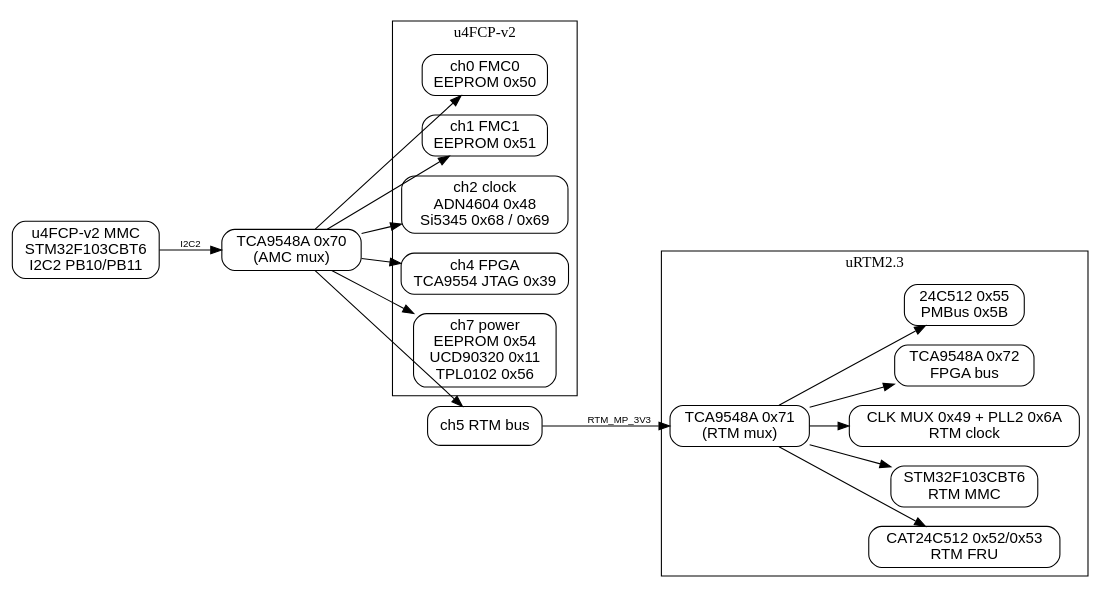
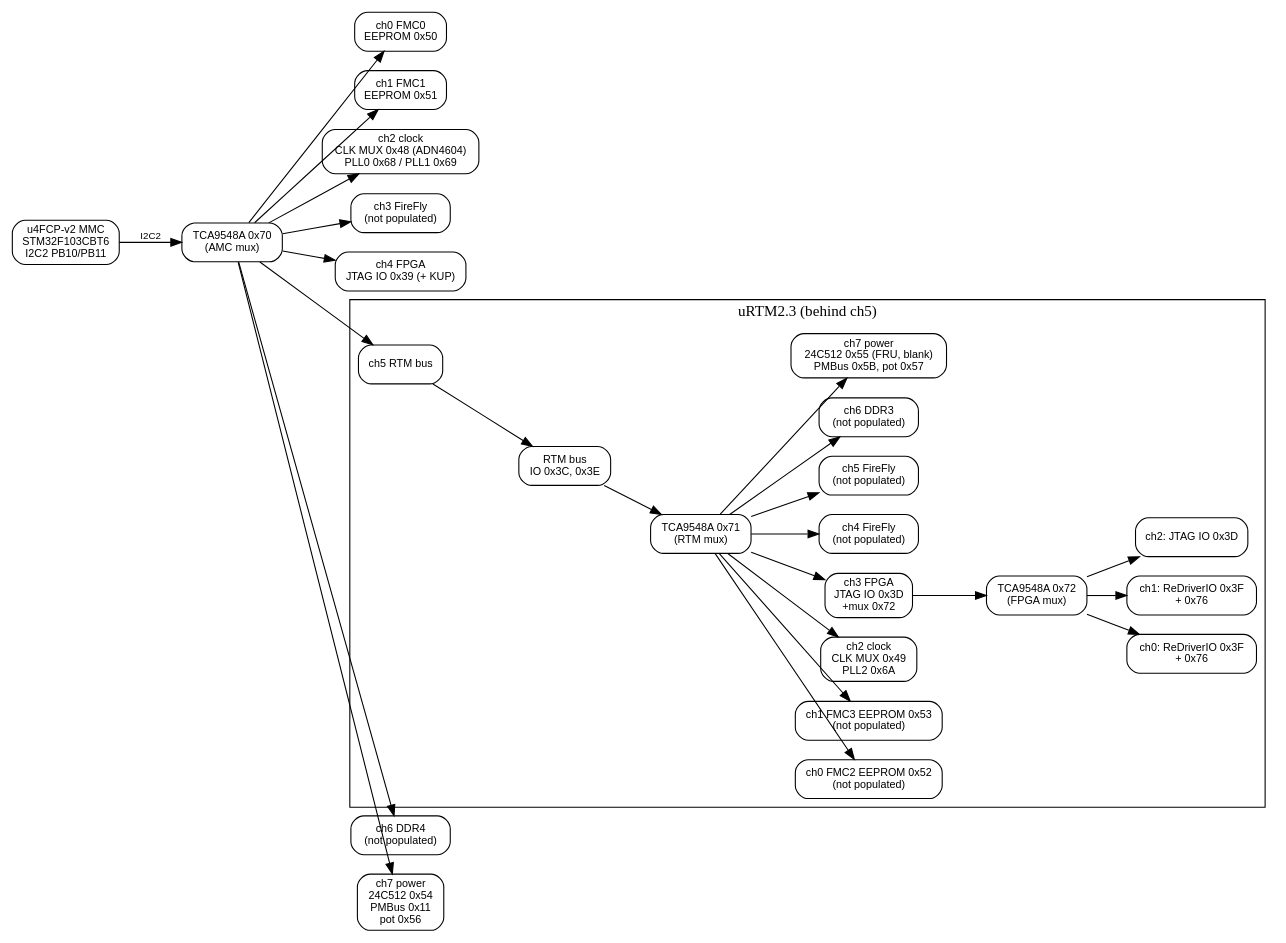
One commit to palzhj/openMMC_uFC changed the diagram in docs/u4fcp-v2-i2c-map.dot. Above: the diagram before and after it, drawn with Graphviz. The commit also changed 2 other files, not shown here.

Commit message:
docs: complete RTM I2C tree from the full scan

```diff
--- a/docs/u4fcp-v2-i2c-map.dot
+++ b/docs/u4fcp-v2-i2c-map.dot
@@ -1,34 +1,44 @@
 digraph i2c {
-  rankdir=LR; bgcolor="white"; splines=false;
-  node [shape=box, style="rounded", fontname="Helvetica"];
+  rankdir=LR; bgcolor="white"; splines=false; nodesep=0.25;
+  node [shape=box, style="rounded", fontname="Helvetica", fontsize=10];
   edge [fontname="Helvetica", fontsize=9];
 
   mcu [label="u4FCP-v2 MMC\nSTM32F103CBT6\nI2C2 PB10/PB11"];
-  mux [label="TCA9548A 0x70\n(AMC mux)"];
+  amux [label="TCA9548A 0x70\n(AMC mux)"];
+  mcu -> amux [label="I2C2"];
 
-  mcu -> mux [label="I2C2"];
-
-  subgraph cluster_amc {
-    label="u4FCP-v2";
-    ch0 [label="ch0 FMC0\nEEPROM 0x50"];
-    ch1 [label="ch1 FMC1\nEEPROM 0x51"];
-    ch2 [label="ch2 clock\nADN4604 0x48\nSi5345 0x68 / 0x69"];
-    ch4 [label="ch4 FPGA\nTCA9554 JTAG 0x39"];
-    ch7 [label="ch7 power\nEEPROM 0x54\nUCD90320 0x11\nTPL0102 0x56"];
-  }
-
+  ch0 [label="ch0 FMC0\nEEPROM 0x50"];
+  ch1 [label="ch1 FMC1\nEEPROM 0x51"];
+  ch2 [label="ch2 clock\nCLK MUX 0x48 (ADN4604)\nPLL0 0x68 / PLL1 0x69"];
+  ch3 [label="ch3 FireFly\n(not populated)"];
+  ch4 [label="ch4 FPGA\nJTAG IO 0x39 (+ KUP)"];
   ch5 [label="ch5 RTM bus"];
-  mux -> ch0; mux -> ch1; mux -> ch2; mux -> ch4; mux -> ch7; mux -> ch5;
+  ch6 [label="ch6 DDR4\n(not populated)"];
+  ch7 [label="ch7 power\n24C512 0x54\nPMBus 0x11\npot 0x56"];
+  amux -> ch0; amux -> ch1; amux -> ch2; amux -> ch3; amux -> ch4; amux -> ch5; amux -> ch6; amux -> ch7;
 
   subgraph cluster_rtm {
-    label="uRTM2.3";
-    rtmmux [label="TCA9548A 0x71\n(RTM mux)"];
-    fru [label="CAT24C512 0x52/0x53\nRTM FRU"];
-    mmc [label="STM32F103CBT6\nRTM MMC"];
-    pll [label="CLK MUX 0x49 + PLL2 0x6A\nRTM clock"];
-    io [label="TCA9548A 0x72\nFPGA bus"];
-    pwr [label="24C512 0x55\nPMBus 0x5B"];
+    label="uRTM2.3 (behind ch5)";
+    busnode [label="RTM bus\nIO 0x3C, 0x3E"];
+    rmux [label="TCA9548A 0x71\n(RTM mux)"];
+    ch5 -> busnode;
+    busnode -> rmux;
+
+    r0 [label="ch0 FMC2 EEPROM 0x52\n(not populated)"];
+    r1 [label="ch1 FMC3 EEPROM 0x53\n(not populated)"];
+    r2 [label="ch2 clock\nCLK MUX 0x49\nPLL2 0x6A"];
+    r3 [label="ch3 FPGA\nJTAG IO 0x3D\n+mux 0x72"];
+    r4 [label="ch4 FireFly\n(not populated)"];
+    r5 [label="ch5 FireFly\n(not populated)"];
+    r6 [label="ch6 DDR3\n(not populated)"];
+    r7 [label="ch7 power\n24C512 0x55 (FRU, blank)\nPMBus 0x5B, pot 0x57"];
+    rmux -> r0; rmux -> r1; rmux -> r2; rmux -> r3; rmux -> r4; rmux -> r5; rmux -> r6; rmux -> r7;
+
+    fmux [label="TCA9548A 0x72\n(FPGA mux)"];
+    r3 -> fmux;
+    f0 [label="ch0: ReDriverIO 0x3F\n+ 0x76"];
+    f1 [label="ch1: ReDriverIO 0x3F\n+ 0x76"];
+    f2 [label="ch2: JTAG IO 0x3D"];
+    fmux -> f0; fmux -> f1; fmux -> f2;
   }
-  ch5 -> rtmmux [label="RTM_MP_3V3"];
-  rtmmux -> fru; rtmmux -> mmc; rtmmux -> pll; rtmmux -> io; rtmmux -> pwr;
 }
```
